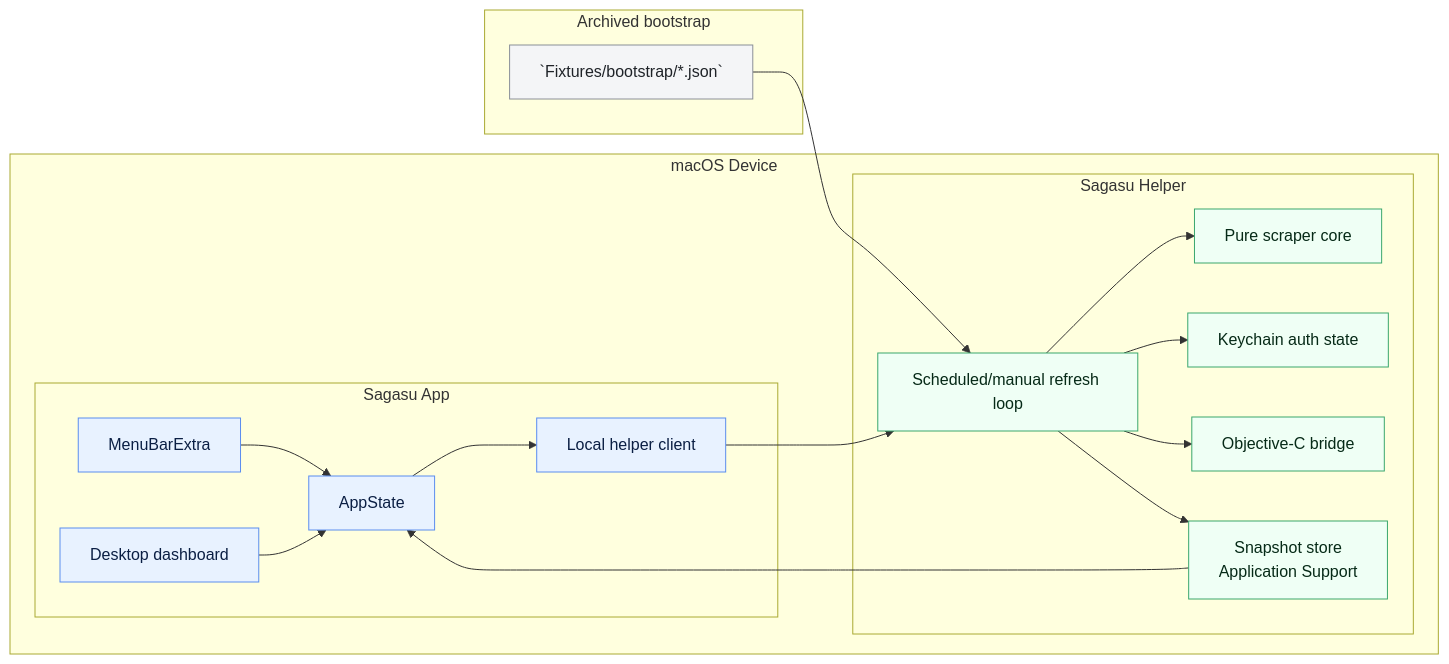
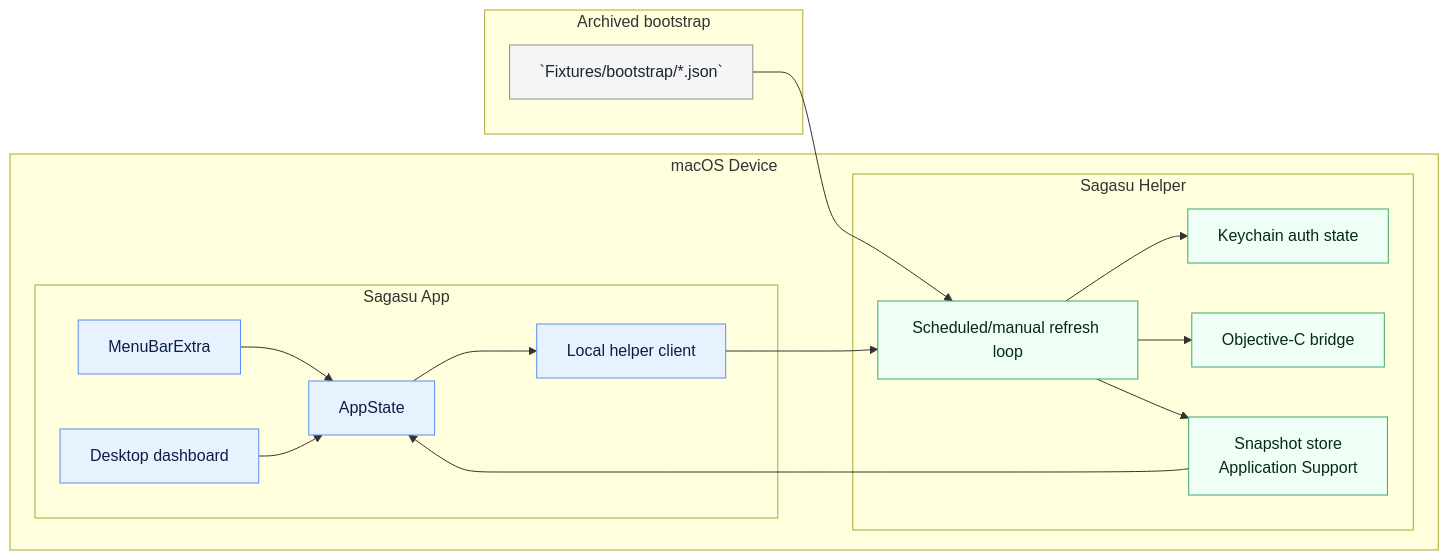
One commit to gongahkia/sagasu-5 changed the diagram in README.md. Above: the diagram before and after it, drawn with Mermaid. The commit also changed other lines of this file, not shown here.

````diff
--- a/README.md
+++ b/README.md
@@ -26,42 +24,40 @@
 ```mermaid
 flowchart LR
   classDef app fill:#E8F2FF,stroke:#5B8DEF,stroke-width:1px,color:#0B1F44;
   classDef helper fill:#EFFFF5,stroke:#3AA76D,stroke-width:1px,color:#062A17;
   classDef data fill:#FFF6E5,stroke:#D49B3A,stroke-width:1px,color:#3B2103;
   classDef archive fill:#F4F5F7,stroke:#8A8F98,stroke-width:1px,color:#1F2328;
 
   subgraph mac[macOS Device]
     subgraph app[Sagasu App]
       MB[MenuBarExtra]
       DASH[Desktop dashboard]
       STATE[AppState]
       CLIENT[Local helper client]
       class MB,DASH,STATE,CLIENT app
     end
 
-  subgraph helper[Sagasu Helper]
+    subgraph helper[Sagasu Helper]
       LOOP[Scheduled/manual refresh loop]
-      CORE[Pure scraper core]
       STORE[Snapshot store\nApplication Support]
       AUTH[Keychain auth state]
       BRIDGE[Objective-C bridge]
-      class LOOP,CORE,STORE,AUTH,BRIDGE helper
+      class LOOP,STORE,AUTH,BRIDGE helper
     end
   end
 
   subgraph archive[Archived bootstrap]
     S4[`Fixtures/bootstrap/*.json`]
     class S4 archive
   end
 
   MB --> STATE
   DASH --> STATE
   STATE --> CLIENT
   CLIENT --> LOOP
-  LOOP --> CORE
   LOOP --> AUTH
   LOOP --> BRIDGE
   LOOP --> STORE
   S4 --> LOOP
   STORE --> STATE
 ```
````
